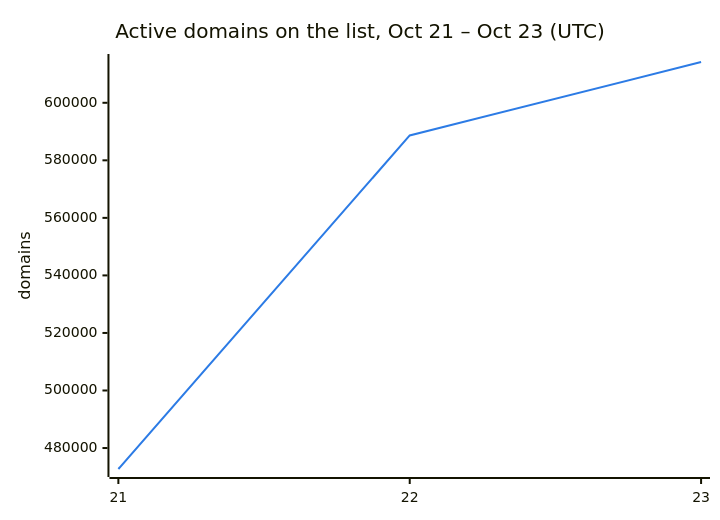
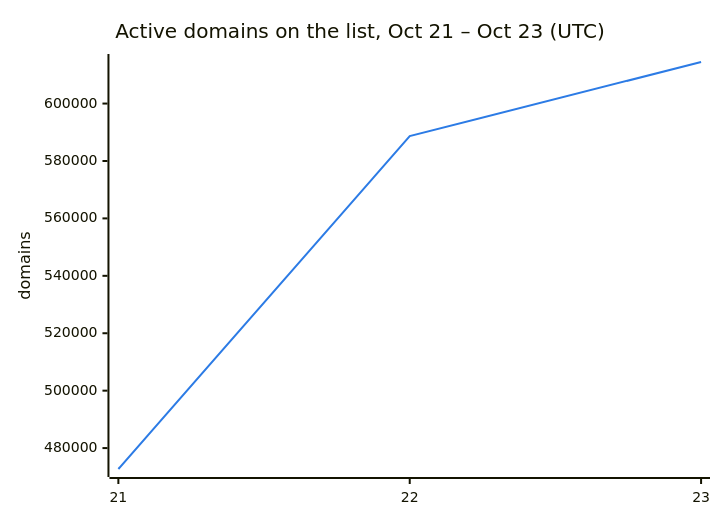
The second of 3 diagrams in README.md (DNSBunker/CTI), drawn with Mermaid before and after one commit. The commit also changed other lines of this file and 3 other files, not shown here.

````diff
--- a/README.md
+++ b/README.md
@@ -38,8 +38,8 @@
 ```mermaid
 %%{init: {"themeVariables": {"xyChart": {"plotColorPalette": "#2c7be5"}}}}%%
 xychart-beta
     title "Active domains on the list, Oct 21 – Oct 23 (UTC)"
     x-axis ["21", "22", "23"]
     y-axis "domains"
-    line [472713, 588659, 614176]
+    line [472713, 588659, 614476]
 ```
````
